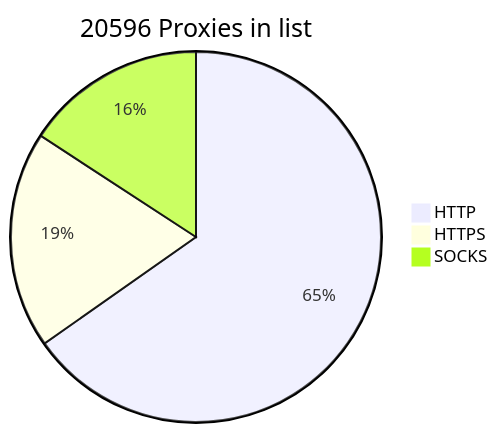
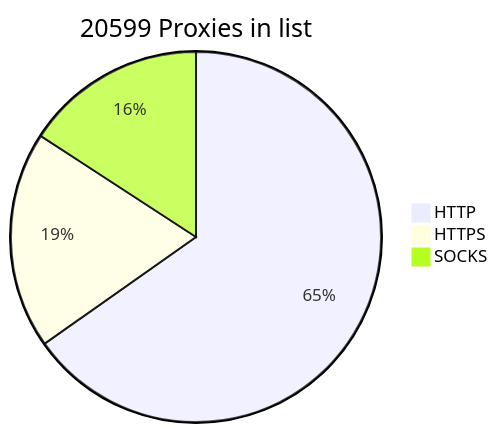
One commit to BlackSnowDot/proxylist-update-every-minute changed the diagram in README.md. Above: the diagram before and after it, drawn with Mermaid.

````diff
--- a/README.md
+++ b/README.md
@@ -2,6 +2,6 @@
 ```mermaid
-pie title 20596 Proxies in list
-    "HTTP" : 15156
-    "HTTPS": 4403
-    "SOCKS" : 3671
+pie title 20599 Proxies in list
+    "HTTP" : 15151
+    "HTTPS": 4402
+    "SOCKS" : 3674
 ```
````
